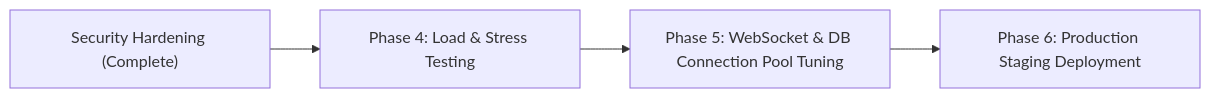
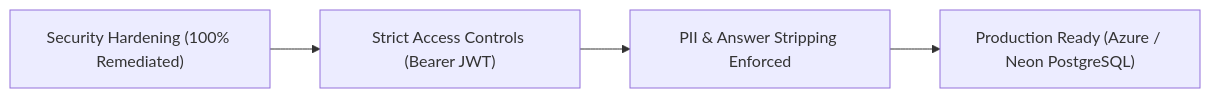
Before and after one commit to mscprpcem/Quiz-platform: the diagram in report.md, drawn with Mermaid. The commit also changed other lines of this file and 2 other files, not shown here.

Commit message:
docs(report): update security audit report with complete endpoint access control matrix and vulnerability remediations

````diff
--- a/report.md
+++ b/report.md
@@ -221,6 +295,6 @@
 ```mermaid
 graph LR
-    A["Security Hardening (Complete)"] --> B["Phase 4: Load & Stress Testing"]
-    B --> C["Phase 5: WebSocket & DB Connection Pool Tuning"]
-    C --> D["Phase 6: Production Staging Deployment"]
+    A["Security Hardening (100% Remediated)"] --> B["Strict Access Controls (Bearer JWT)"]
+    B --> C["PII & Answer Stripping Enforced"]
+    C --> D["Production Ready (Azure / Neon PostgreSQL)"]
 ```
````
